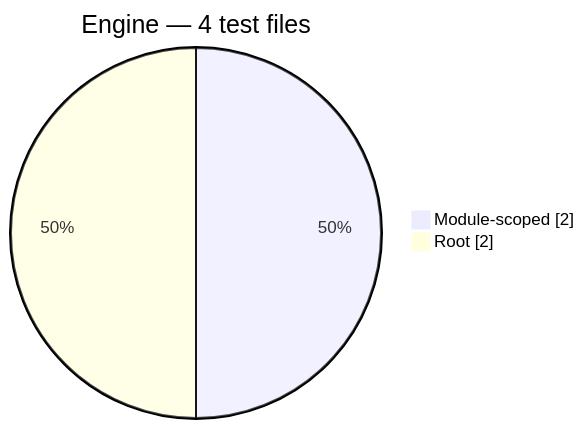
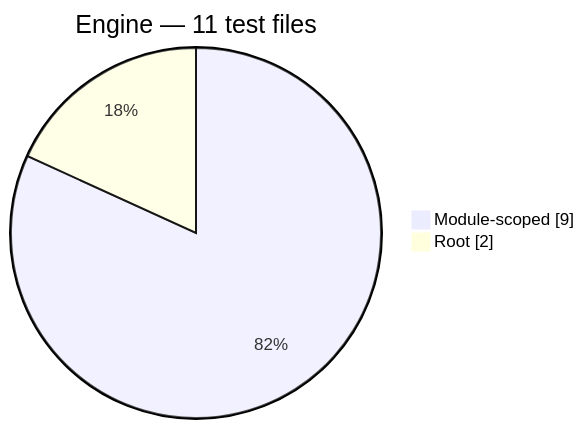
Before and after one commit to Mohammed-Alama/php-arazzo: the sixth of 13 diagrams in docs/generated/test-composition.md, drawn with Mermaid. The commit also changed other lines of this file and 40 other files, not shown here.

````diff
--- a/docs/generated/test-composition.md
+++ b/docs/generated/test-composition.md
@@ -100,6 +88,6 @@
 ```mermaid
 pie showData
-    title Engine — 4 test files
-    "Module-scoped": 2
+    title Engine — 11 test files
+    "Module-scoped": 9
     "Root": 2
 ```
````
